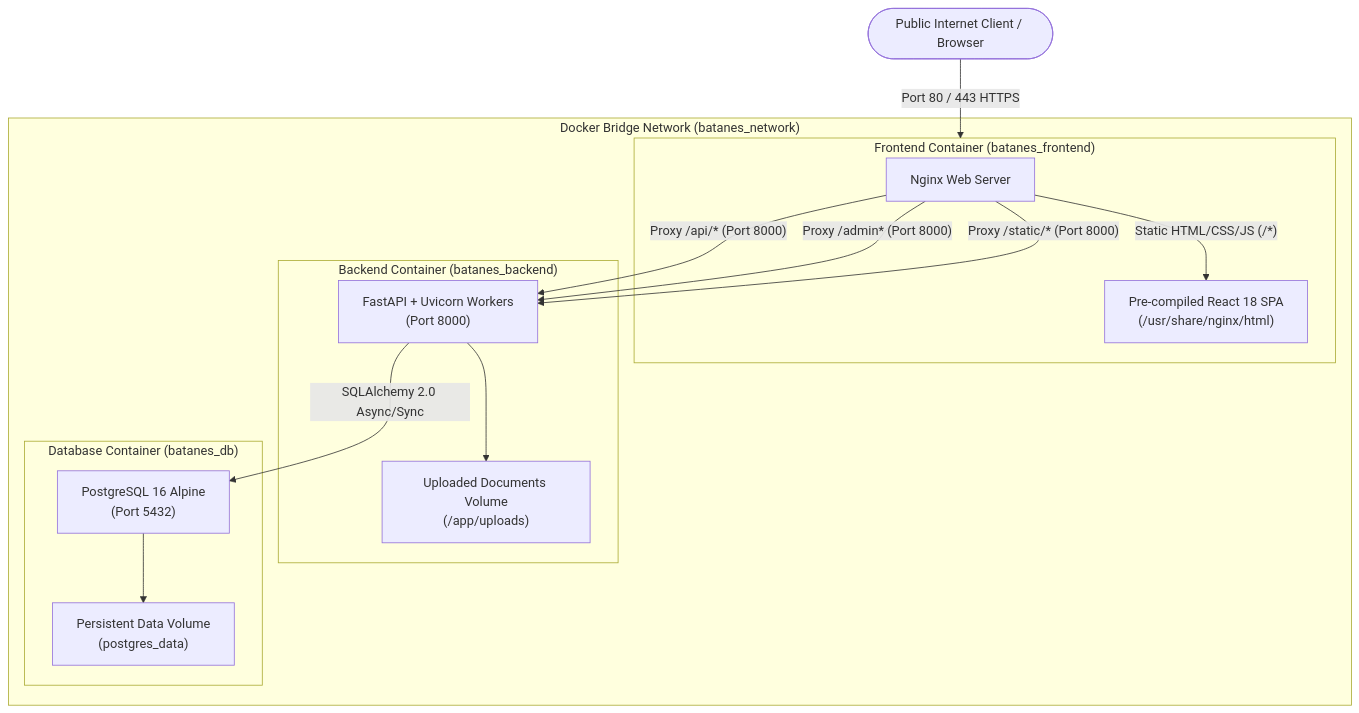
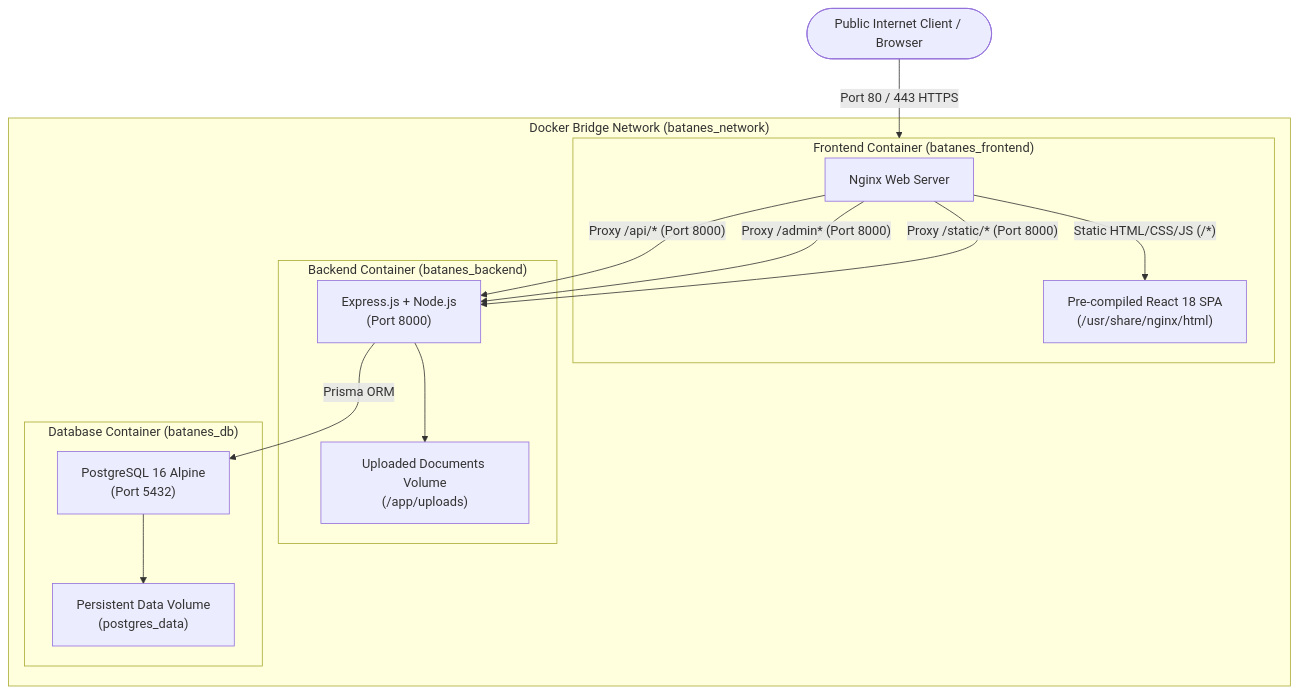
One commit to Coffeee-ui/Batanes_Niche changed the diagram in development/Documentation/15-Deployment-and-Operations.md. Above: the diagram before and after it, drawn with Mermaid. The commit also changed other lines of this file and 70 other files, not shown here.

````diff
--- a/development/Documentation/15-Deployment-and-Operations.md
+++ b/development/Documentation/15-Deployment-and-Operations.md
@@ -7,31 +10,31 @@
 ```mermaid
 flowchart TB
     InternetUser([Public Internet Client / Browser]) -->|Port 80 / 443 HTTPS| NginxProxy
 
     subgraph ContainerNetwork["Docker Bridge Network (batanes_network)"]
         subgraph NginxProxy["Frontend Container (batanes_frontend)"]
             NginxServer["Nginx Web Server"]
             StaticSPAFiles["Pre-compiled React 18 SPA<br/>(/usr/share/nginx/html)"]
         end
 
         subgraph BackendService["Backend Container (batanes_backend)"]
-            FastAPIApp["FastAPI + Uvicorn Workers<br/>(Port 8000)"]
+            NodeApp["Express.js + Node.js<br/>(Port 8000)"]
             UploadsDir["Uploaded Documents Volume<br/>(/app/uploads)"]
         end
 
         subgraph DatabaseService["Database Container (batanes_db)"]
             PostgreSQL["PostgreSQL 16 Alpine<br/>(Port 5432)"]
             PostgresData["Persistent Data Volume<br/>(postgres_data)"]
         end
     end
 
     %% Internal routing
     NginxServer -- "Static HTML/CSS/JS (/*)" --> StaticSPAFiles
-    NginxServer -- "Proxy /api/* (Port 8000)" --> FastAPIApp
-    NginxServer -- "Proxy /admin* (Port 8000)" --> FastAPIApp
-    NginxServer -- "Proxy /static/* (Port 8000)" --> FastAPIApp
+    NginxServer -- "Proxy /api/* (Port 8000)" --> NodeApp
+    NginxServer -- "Proxy /admin* (Port 8000)" --> NodeApp
+    NginxServer -- "Proxy /static/* (Port 8000)" --> NodeApp
 
-    FastAPIApp -- "SQLAlchemy 2.0 Async/Sync" --> PostgreSQL
-    FastAPIApp --> UploadsDir
+    NodeApp -- "Prisma ORM" --> PostgreSQL
+    NodeApp --> UploadsDir
     PostgreSQL --> PostgresData
 ```
````
